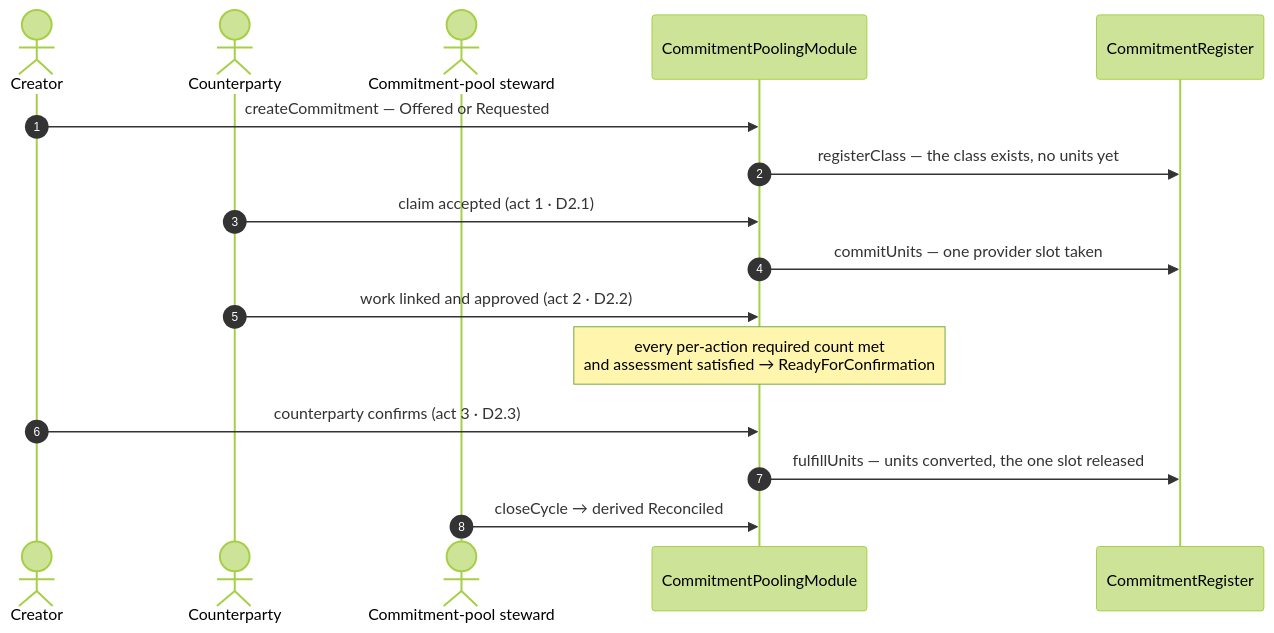
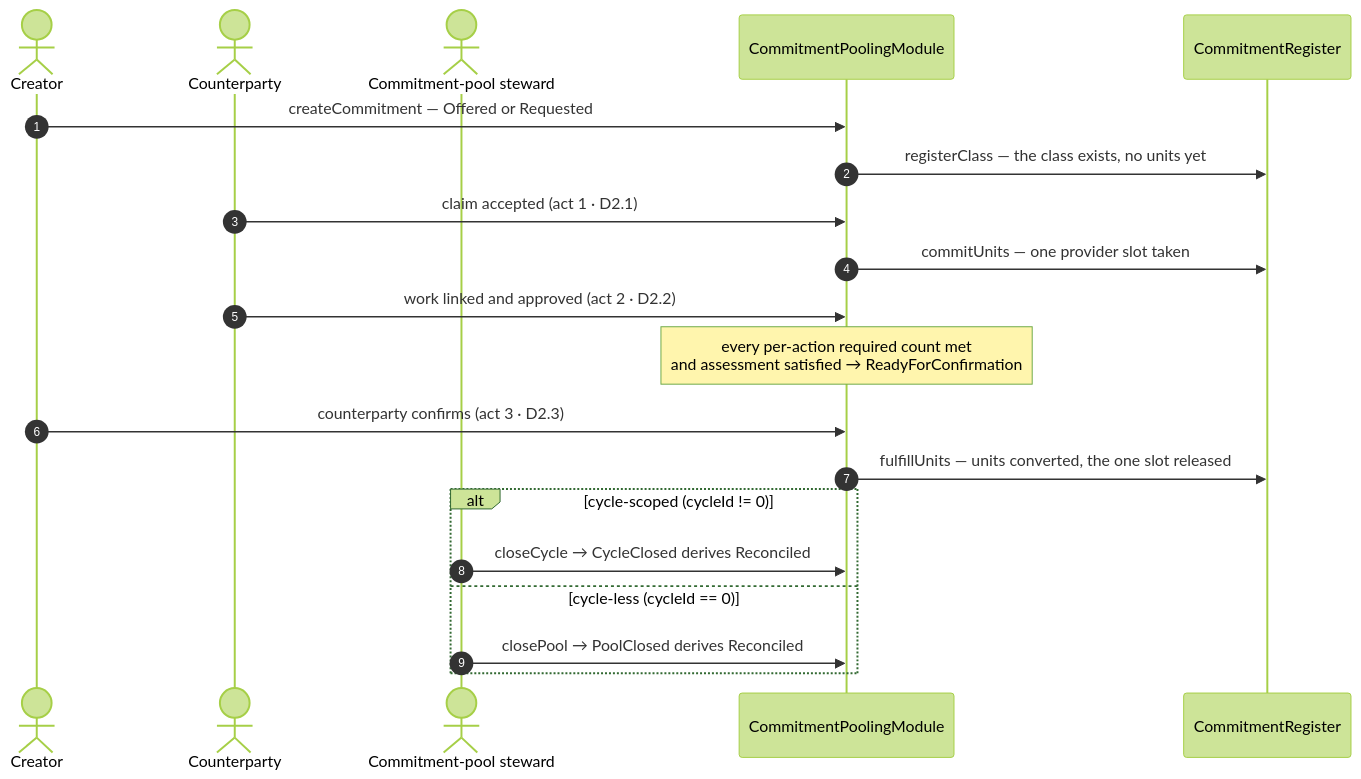
The third of 32 diagrams in .plans/active/commitment-pooling/diagrams.md (greenpill-dev-guild/green-goods), drawn with Mermaid (forest theme) before and after one commit. The commit also changed other lines of this file, not shown here.

First line of the commit message:
docs(plans): fix the six PR review findings on the pooling diagrams

````diff
--- a/.plans/active/commitment-pooling/diagrams.md
+++ b/.plans/active/commitment-pooling/diagrams.md
@@ -273,19 +275,23 @@
 ```mermaid
 sequenceDiagram
   autonumber
   actor A as Creator
   actor B as Counterparty
   actor OP as Commitment-pool steward
   participant M as CommitmentPoolingModule
   participant R as CommitmentRegister
 
   A->>M: createCommitment — Offered or Requested
   M->>R: registerClass — the class exists, no units yet
   B->>M: claim accepted (act 1 · D2.1)
   M->>R: commitUnits — one provider slot taken
   B->>M: work linked and approved (act 2 · D2.2)
   Note over M: every per-action required count met<br/>and assessment satisfied → ReadyForConfirmation
   A->>M: counterparty confirms (act 3 · D2.3)
   M->>R: fulfillUnits — units converted, the one slot released
-  OP->>M: closeCycle → derived Reconciled
+  alt cycle-scoped (cycleId != 0)
+    OP->>M: closeCycle → CycleClosed derives Reconciled
+  else cycle-less (cycleId == 0)
+    OP->>M: closePool → PoolClosed derives Reconciled
+  end
 ```
````
